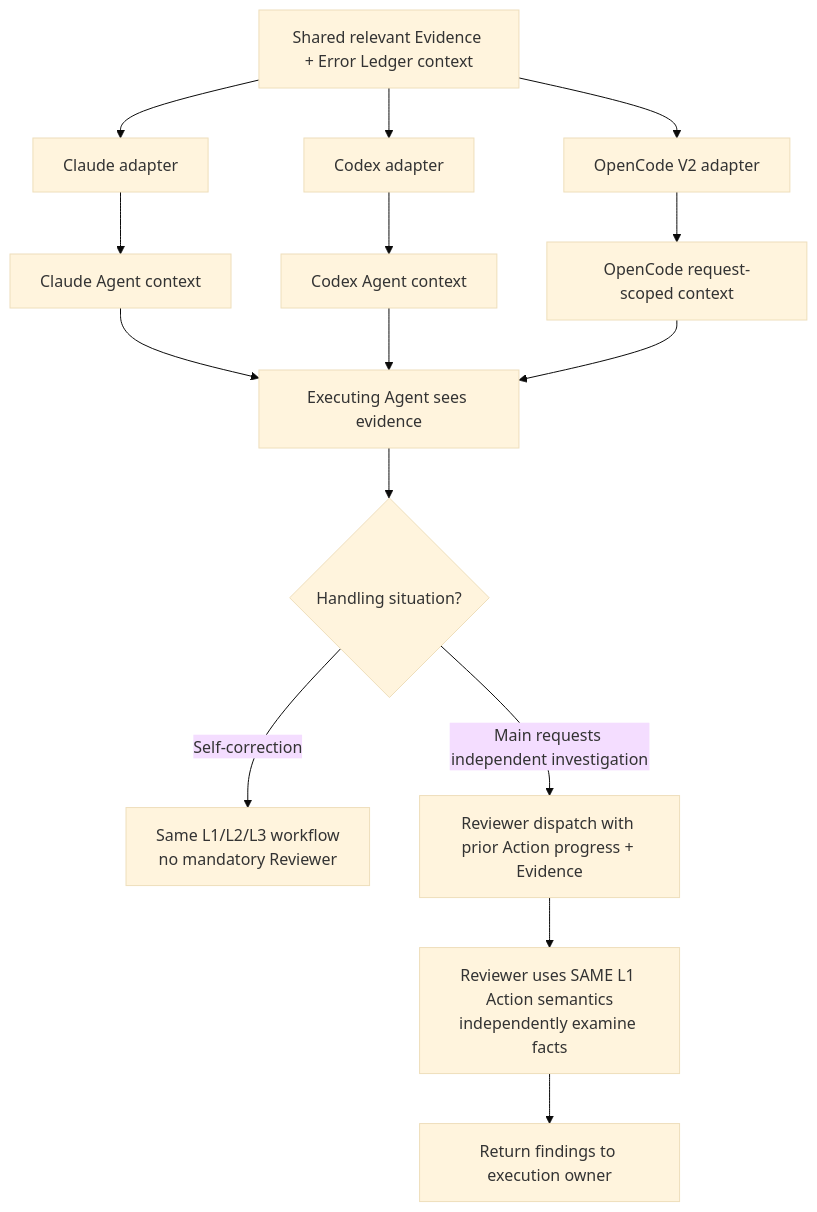
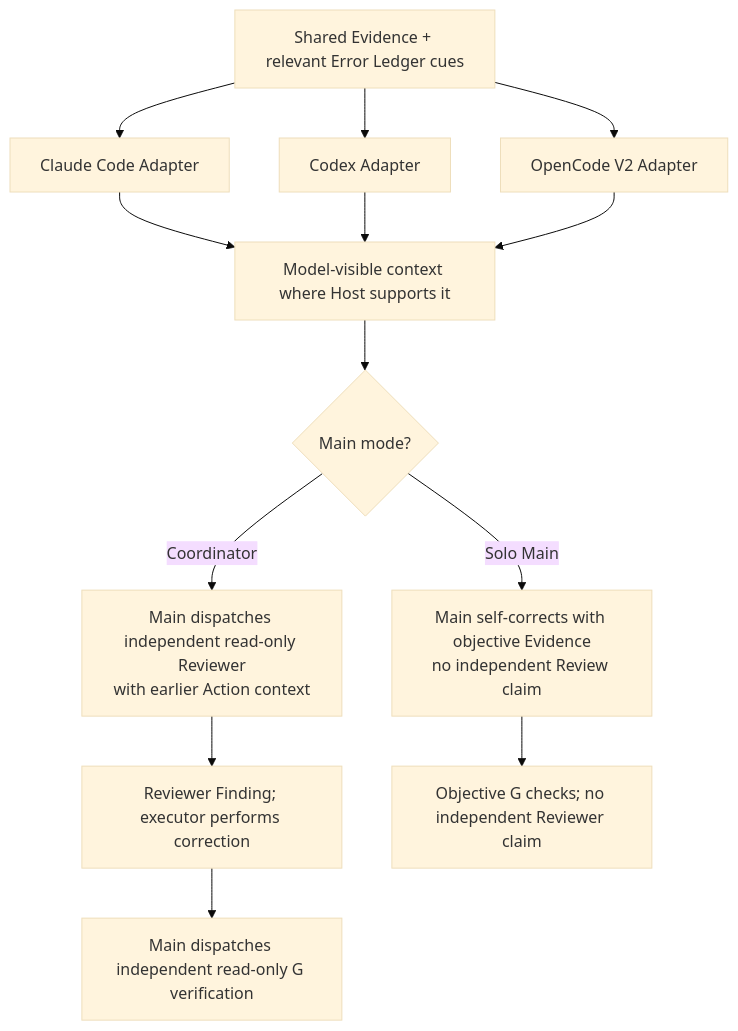
One commit to dyphn1/Harness-everything changed the first of 4 diagrams in docs/discussions/error-hook-framework/hosts.md. Above: the diagram before and after it, drawn with Mermaid (base theme). The commit also changed other lines of this file, not shown here.

Commit message:
docs(hooks): align all host diagrams with coordinator mandatory review and solo checks (#439)

````diff
--- a/docs/discussions/error-hook-framework/hosts.md
+++ b/docs/discussions/error-hook-framework/hosts.md
@@ -11,17 +11,15 @@
 ```mermaid
 flowchart TB
-  CORE["Shared relevant Evidence + Error Ledger context"] --> CA["Claude adapter"]
-  CORE --> CX["Codex adapter"]
-  CORE --> OC["OpenCode V2 adapter"]
-  CA --> CM["Claude Agent context"]
-  CX --> XM["Codex Agent context"]
-  OC --> OM["OpenCode request-scoped context"]
-  CM --> X["Executing Agent sees evidence"]
-  XM --> X
-  OM --> X
-  X --> DEC{"Handling situation?"}
-  DEC -->|Self-correction| SELF["Same L1/L2/L3 workflow<br/>no mandatory Reviewer"]
-  DEC -->|Main requests independent investigation| DP["Reviewer dispatch with prior Action progress + Evidence"]
-  DP --> RV["Reviewer uses SAME L1 Action semantics<br/>independently examine facts"]
-  RV --> FIN["Return findings to execution owner"]
+  CORE["Shared Evidence + relevant Error Ledger cues"] --> C["Claude Code Adapter"]
+  CORE --> D["Codex Adapter"]
+  CORE --> O["OpenCode V2 Adapter"]
+  C --> M["Model-visible context where Host supports it"]
+  D --> M
+  O --> M
+  M --> ROLE{"Main mode?"}
+  ROLE -->|Coordinator| RV["Main dispatches independent read-only Reviewer<br/>with earlier Action context"]
+  ROLE -->|Solo Main| SELF["Main self-corrects with objective Evidence<br/>no independent Review claim"]
+  RV --> FIND["Reviewer Finding; executor performs correction"]
+  FIND --> ACCEPT["Main dispatches independent read-only G verification"]
+  SELF --> OBJ["Objective G checks; no independent Reviewer claim"]
 ```
````
